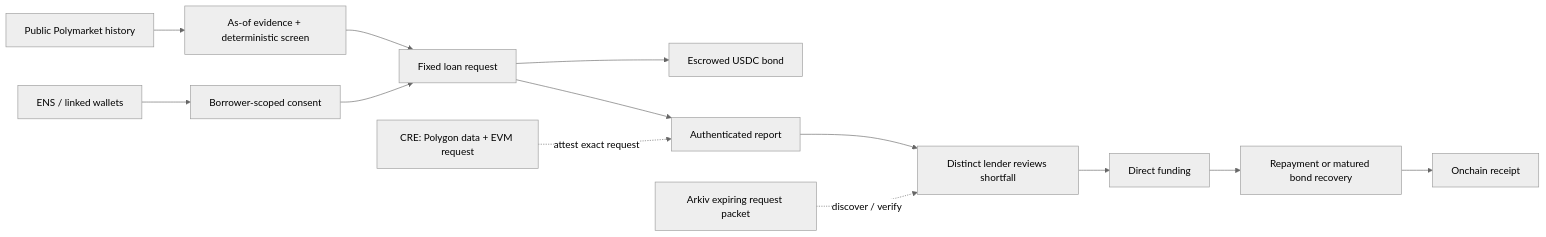
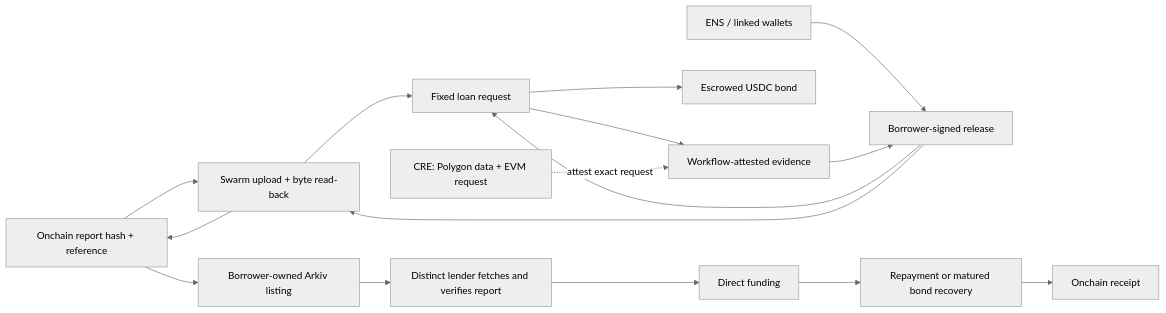
Before and after one commit to debojyoti10CC/floorprt: the diagram in docs/ETHGLOBAL_SUBMISSION.md, drawn with Mermaid (neutral theme). The commit also changed other lines of this file and 6 other files, not shown here.

````diff
--- a/docs/ETHGLOBAL_SUBMISSION.md
+++ b/docs/ETHGLOBAL_SUBMISSION.md
@@ -15,15 +15,18 @@
 ```mermaid
 flowchart LR
   H[Public Polymarket history] --> S[As-of evidence + deterministic screen]
   ENS[ENS / linked wallets] --> C[Borrower-scoped consent]
   S --> R[Fixed loan request]
   C --> R
   R --> B[Escrowed USDC bond]
-  R --> W[Authenticated report]
-  W --> L[Distinct lender reviews shortfall]
+  R --> W[Workflow-attested evidence]
+  W --> C[Borrower-signed release]
+  C --> S[Swarm upload + byte read-back]
+  S --> H[Onchain report hash + reference]
+  H --> A[Borrower-owned Arkiv listing]
+  A --> L[Distinct lender fetches and verifies report]
   L --> F[Direct funding]
   F --> O[Repayment or matured bond recovery]
   O --> E[Onchain receipt]
-  A[Arkiv expiring request packet] -. discover / verify .-> L
   P[CRE: Polygon data + EVM request] -. attest exact request .-> W
 ```
````
